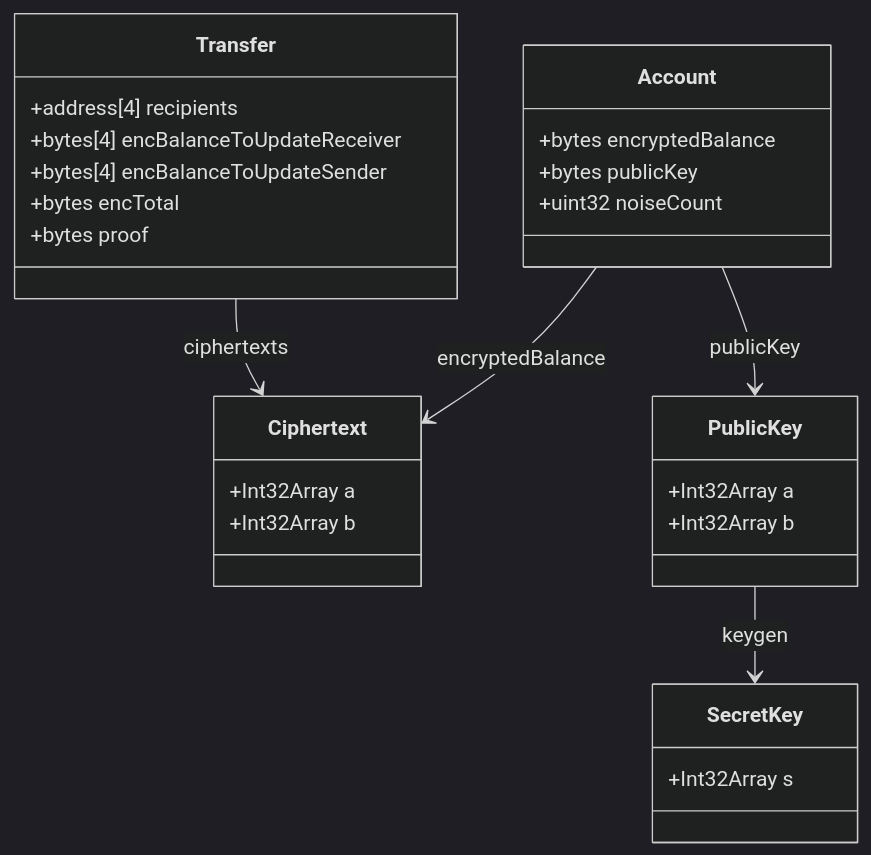
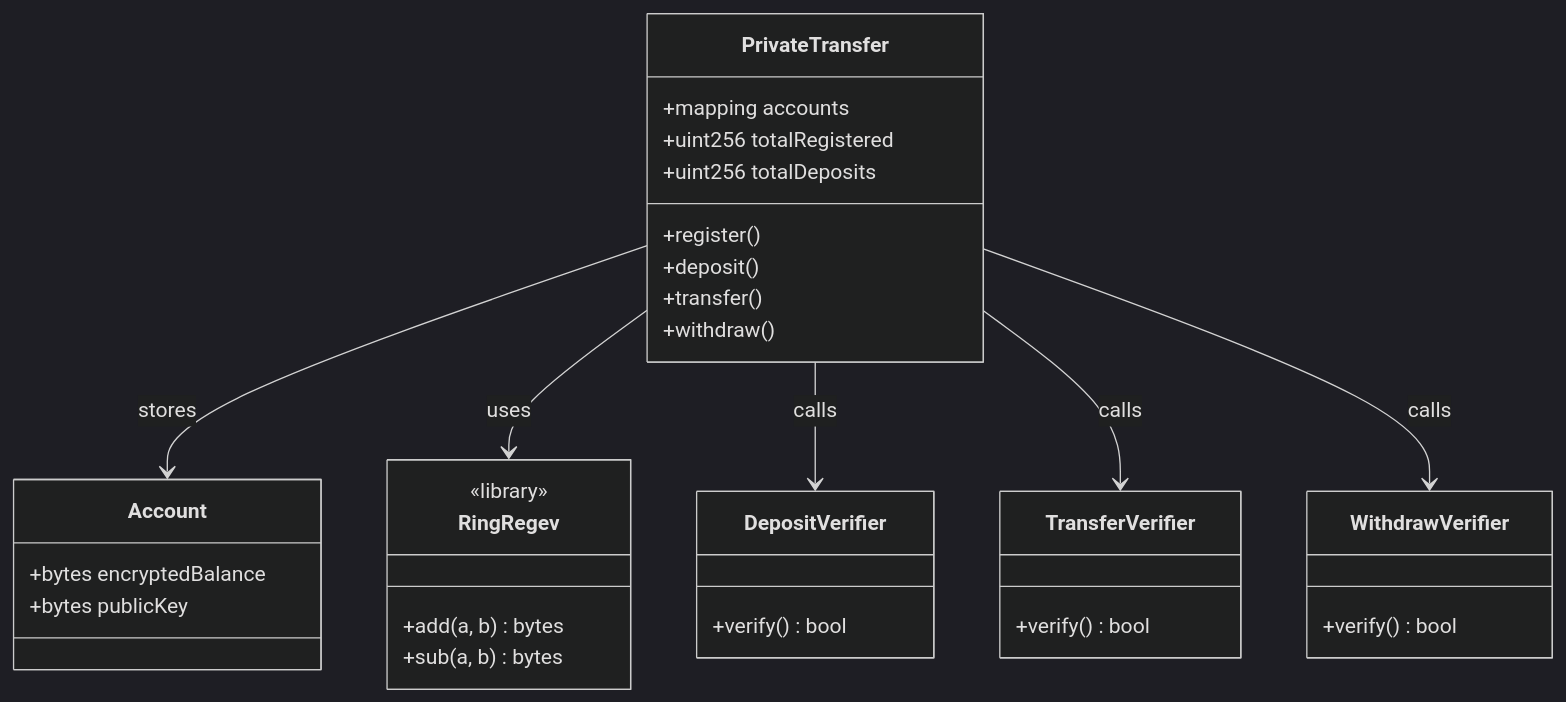
Before and after one commit to NicoSerranoP/pq-private-transfer: the second of 3 diagrams in .agents/scratchpad/implementation/pq-private-transfer/design.md, drawn with Mermaid (dark theme). The commit also changed other lines of this file and 54 other files, not shown here.

First line of the commit message:
feat(protocol): implement PQ private transfer protocol

````diff
--- a/.agents/scratchpad/implementation/pq-private-transfer/design.md
+++ b/.agents/scratchpad/implementation/pq-private-transfer/design.md
@@ -230,35 +219,35 @@
 ```mermaid
 classDiagram
     class Account {
         +bytes encryptedBalance
         +bytes publicKey
-        +uint32 noiseCount
     }
-
-    class Transfer {
-        +address[4] recipients
-        +bytes[4] encBalanceToUpdateReceiver
-        +bytes[4] encBalanceToUpdateSender
-        +bytes encTotal
-        +bytes proof
+    class PrivateTransfer {
+        +mapping accounts
+        +uint256 totalRegistered
+        +uint256 totalDeposits
+        +register()
+        +deposit()
+        +transfer()
+        +withdraw()
     }
-
-    class Ciphertext {
-        +Int32Array a
-        +Int32Array b
+    class RingRegev {
+        <<library>>
+        +add(a, b) bytes
+        +sub(a, b) bytes
     }
-
-    class PublicKey {
-        +Int32Array a
-        +Int32Array b
+    class DepositVerifier {
+        +verify() bool
     }
-
-    class SecretKey {
-        +Int32Array s
+    class TransferVerifier {
+        +verify() bool
     }
-
-    Account --> Ciphertext : encryptedBalance
-    Account --> PublicKey : publicKey
-    Transfer --> Ciphertext : ciphertexts
-    PublicKey --> SecretKey : keygen
+    class WithdrawVerifier {
+        +verify() bool
+    }
+    PrivateTransfer --> Account : stores
+    PrivateTransfer --> RingRegev : uses
+    PrivateTransfer --> DepositVerifier : calls
+    PrivateTransfer --> TransferVerifier : calls
+    PrivateTransfer --> WithdrawVerifier : calls
 ```
````
